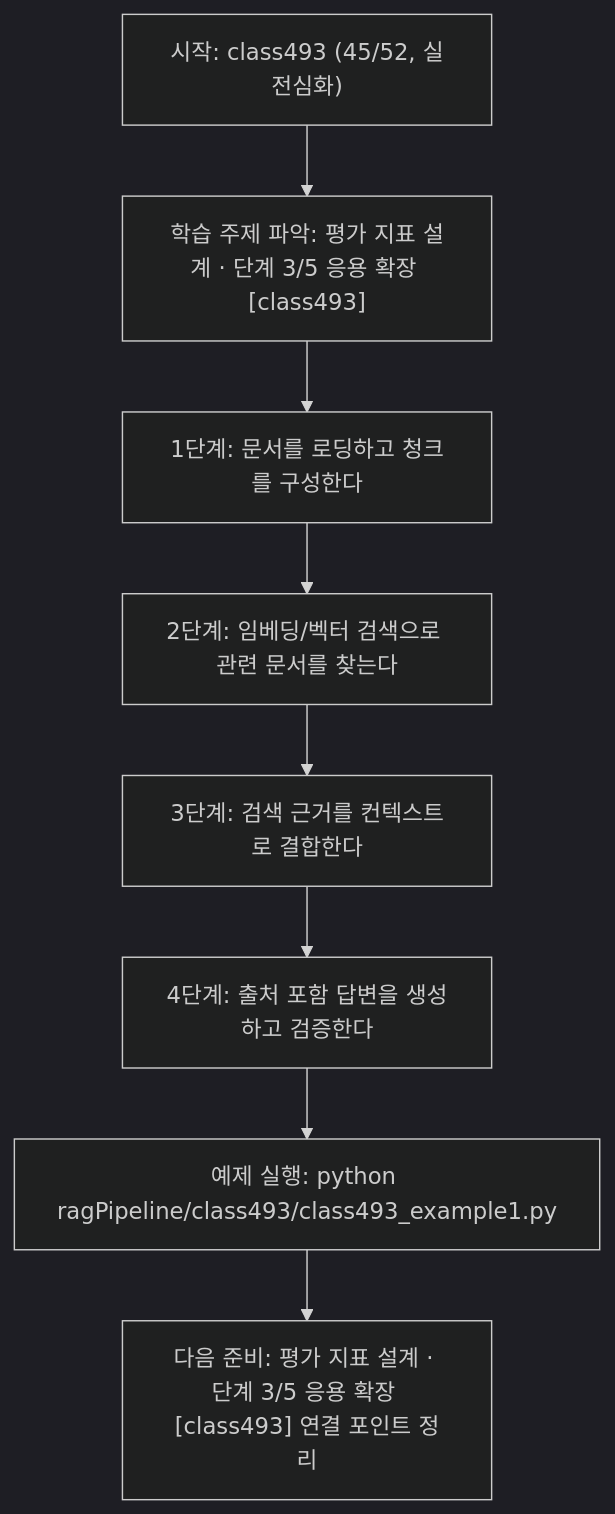
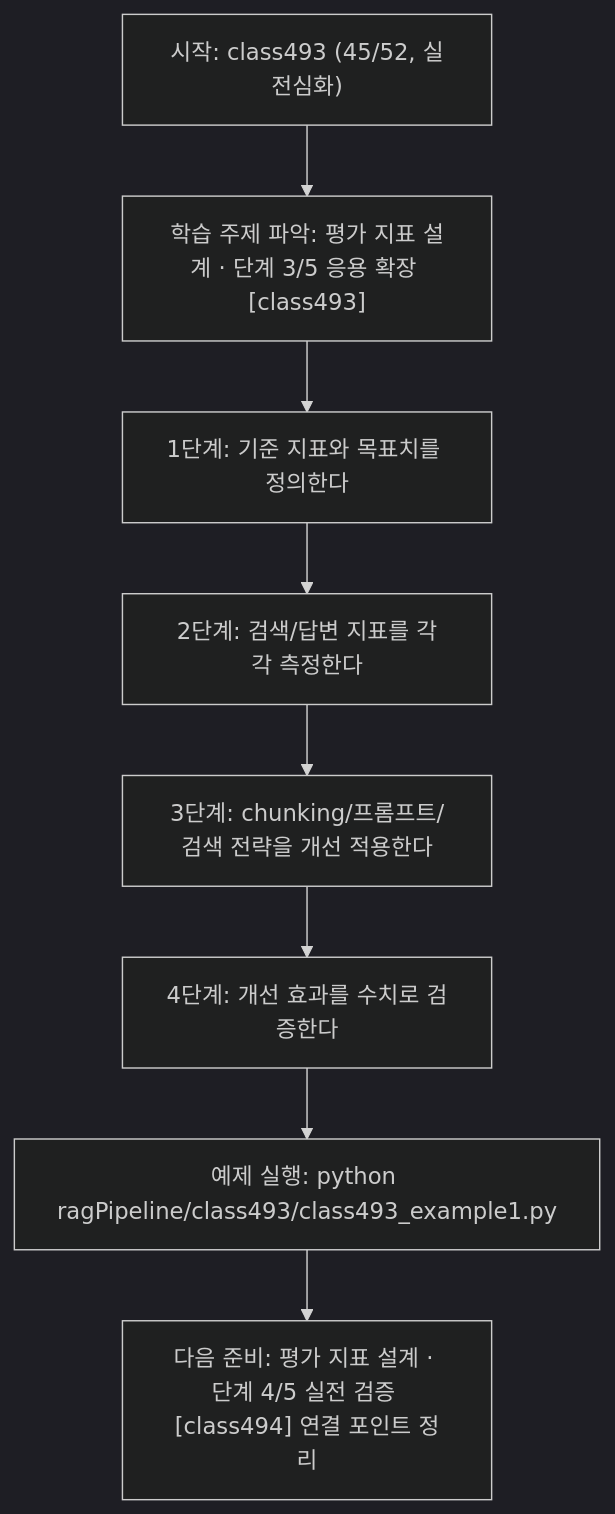
One commit to edumgt/Python-AI_Agent-Class changed the diagram in ragPipeline/class493/class493.md. Above: the diagram before and after it, drawn with Mermaid (dark theme). The commit also changed other lines of this file and 367 other files, not shown here.

````diff
--- a/ragPipeline/class493/class493.md
+++ b/ragPipeline/class493/class493.md
@@ -111,18 +92,18 @@
 ```mermaid
 flowchart TD
 N1["시작: class493 (45/52, 실전심화)"]
 N2["학습 주제 파악: 평가 지표 설계 · 단계 3/5 응용 확장 [class493]"]
-N3["1단계: 문서를 로딩하고 청크를 구성한다"]
-N4["2단계: 임베딩/벡터 검색으로 관련 문서를 찾는다"]
-N5["3단계: 검색 근거를 컨텍스트로 결합한다"]
-N6["4단계: 출처 포함 답변을 생성하고 검증한다"]
+N3["1단계: 기준 지표와 목표치를 정의한다"]
+N4["2단계: 검색/답변 지표를 각각 측정한다"]
+N5["3단계: chunking/프롬프트/검색 전략을 개선 적용한다"]
+N6["4단계: 개선 효과를 수치로 검증한다"]
 N7["예제 실행: python ragPipeline/class493/class493_example1.py"]
-N8["다음 준비: 평가 지표 설계 · 단계 3/5 응용 확장 [class493] 연결 포인트 정리"]
+N8["다음 준비: 평가 지표 설계 · 단계 4/5 실전 검증 [class494] 연결 포인트 정리"]
 N1 --> N2
 N2 --> N3
 N3 --> N4
 N4 --> N5
 N5 --> N6
 N6 --> N7
 N7 --> N8
 ```
````
